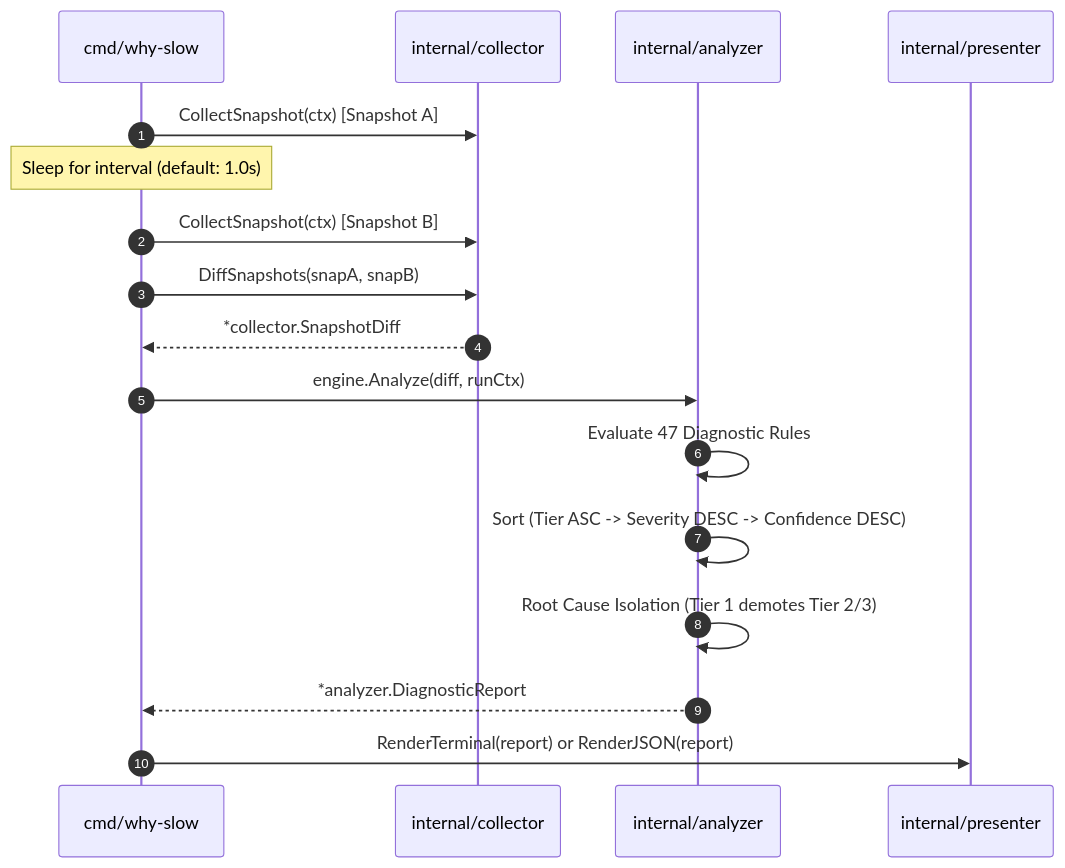
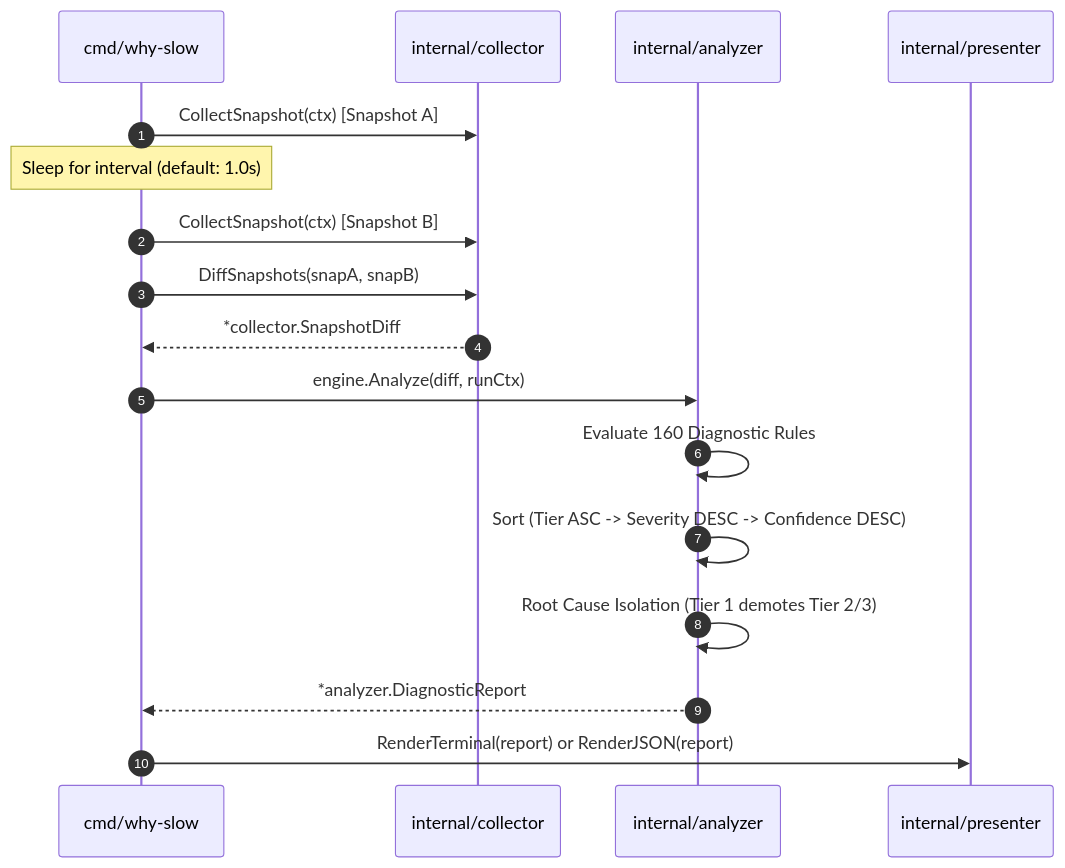
The second of 2 diagrams in docs/ARCHITECTURE.md (cetinkayaismail/why-slow), drawn with Mermaid before and after one commit. The commit also changed other lines of this file and 39 other files, not shown here.

````diff
--- a/docs/ARCHITECTURE.md
+++ b/docs/ARCHITECTURE.md
@@ -67,20 +75,20 @@
 ```mermaid
 sequenceDiagram
     autonumber
     participant CLI as cmd/why-slow
     participant Col as internal/collector
     participant Eng as internal/analyzer
     participant Pres as internal/presenter
 
     CLI->>Col: CollectSnapshot(ctx) [Snapshot A]
     Note over CLI: Sleep for interval (default: 1.0s)
     CLI->>Col: CollectSnapshot(ctx) [Snapshot B]
     CLI->>Col: DiffSnapshots(snapA, snapB)
     Col-->>CLI: *collector.SnapshotDiff
     CLI->>Eng: engine.Analyze(diff, runCtx)
-    Eng->>Eng: Evaluate 47 Diagnostic Rules
+    Eng->>Eng: Evaluate 160 Diagnostic Rules
     Eng->>Eng: Sort (Tier ASC -> Severity DESC -> Confidence DESC)
     Eng->>Eng: Root Cause Isolation (Tier 1 demotes Tier 2/3)
     Eng-->>CLI: *analyzer.DiagnosticReport
     CLI->>Pres: RenderTerminal(report) or RenderJSON(report)
 ```
````
